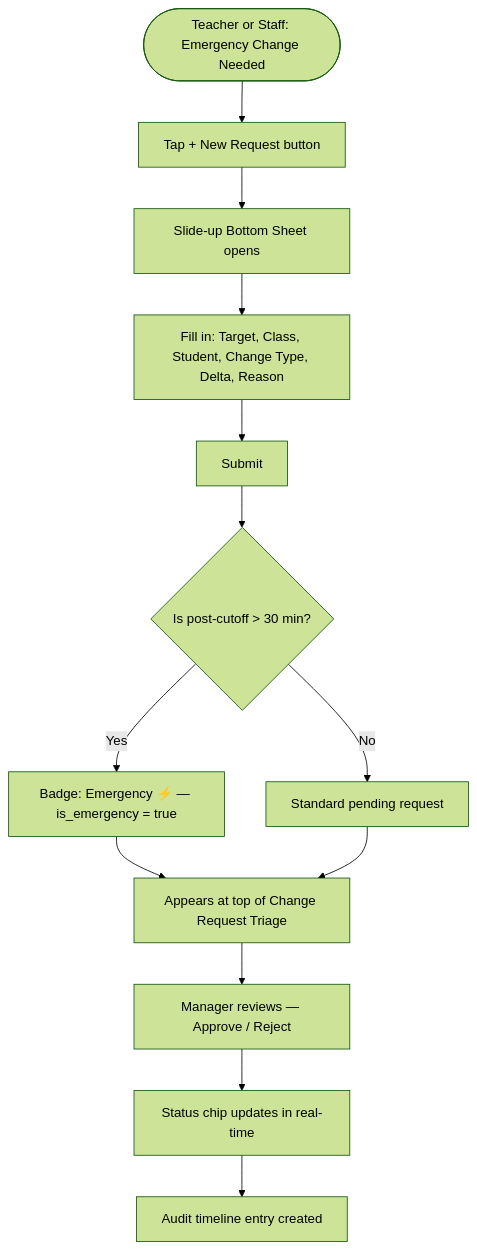
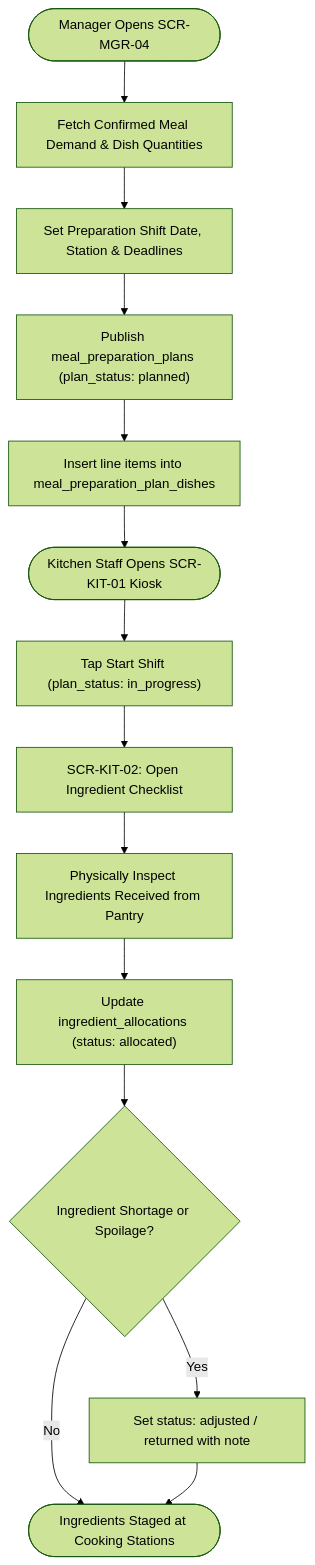
Before and after one commit to Bernie-TruongTQ/PRIMARY_SCHOOL_SEMI-BOARDING_MEAL_MANAGEMENT_SYSTEM: the fourth of 5 diagrams in docs/04-information-architecture/task-flows.md, drawn with Mermaid (forest theme). The commit also changed other lines of this file and 19 other files, not shown here.

Commit message:
docs: add comprehensive top-down documentation covering roles, use cases, information architecture, and traceability

````diff
--- a/docs/04-information-architecture/task-flows.md
+++ b/docs/04-information-architecture/task-flows.md
@@ -224,15 +110,17 @@
 ```mermaid
 flowchart TD
-    A([Teacher or Staff: Emergency Change Needed]) --> B[Tap + New Request button]
-    B --> C[Slide-up Bottom Sheet opens]
-    C --> D[Fill in: Target, Class, Student, Change Type, Delta, Reason]
-    D --> E[Submit]
-    E --> F{Is post-cutoff > 30 min?}
-    F -->|Yes| G[Badge: Emergency ⚡ — is_emergency = true]
-    F -->|No| H[Standard pending request]
-    G --> I[Appears at top of Change Request Triage]
-    H --> I
-    I --> J[Manager reviews — Approve / Reject]
-    J --> K[Status chip updates in real-time]
-    K --> L[Audit timeline entry created]
+    Start([Manager Opens SCR-MGR-04]) --> LoadDemand[Fetch Confirmed Meal Demand & Dish Quantities]
+    LoadDemand --> SetShiftDetails[Set Preparation Shift Date, Station & Deadlines]
+    SetShiftDetails --> PublishPlan["Publish meal_preparation_plans (plan_status: planned)"]
+    PublishPlan --> CreatePlanDishes[Insert line items into meal_preparation_plan_dishes]
+    
+    CreatePlanDishes --> KitOpensBoard([Kitchen Staff Opens SCR-KIT-01 Kiosk])
+    KitOpensBoard --> StartShift["Tap Start Shift (plan_status: in_progress)"]
+    StartShift --> OpenAlloc[SCR-KIT-02: Open Ingredient Checklist]
+    OpenAlloc --> InspectItems[Physically Inspect Ingredients Received from Pantry]
+    InspectItems --> ConfirmAlloc["Update ingredient_allocations (status: allocated)"]
+    ConfirmAlloc --> DiscrepancyCheck{Ingredient Shortage or Spoilage?}
+    DiscrepancyCheck -->|Yes| LogAdjust["Set status: adjusted / returned with note"]
+    DiscrepancyCheck -->|No| ReadyToCook([Ingredients Staged at Cooking Stations])
+    LogAdjust --> ReadyToCook
 ```
````
